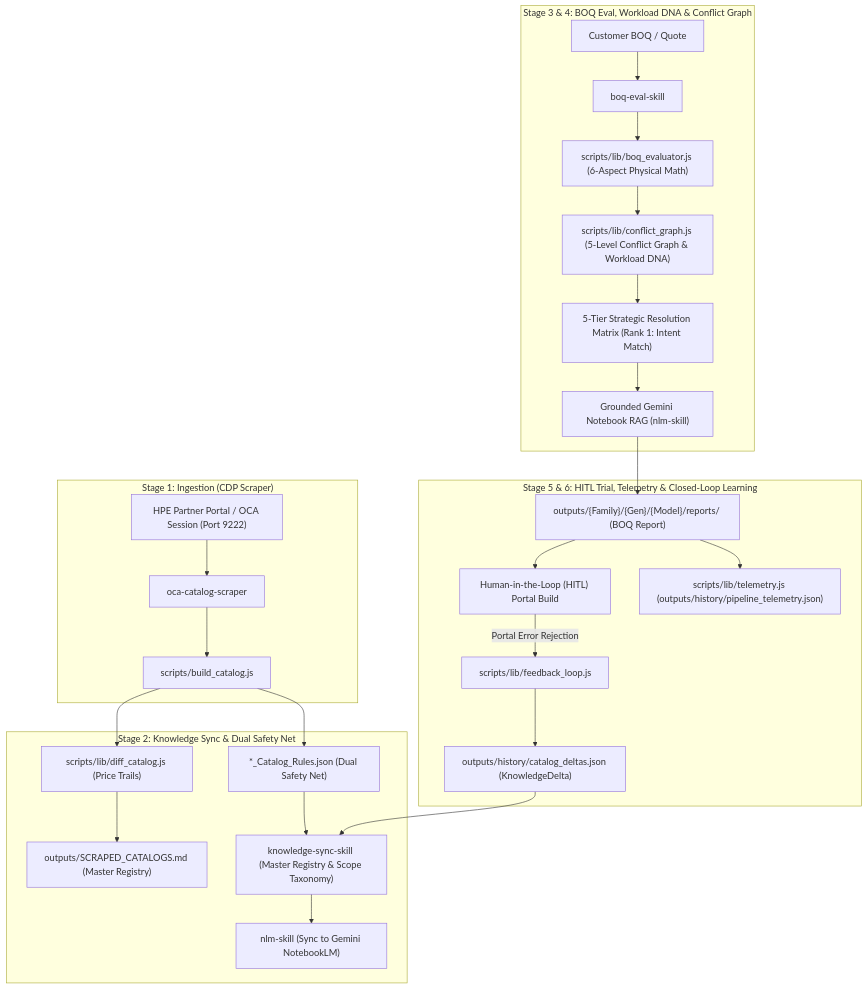
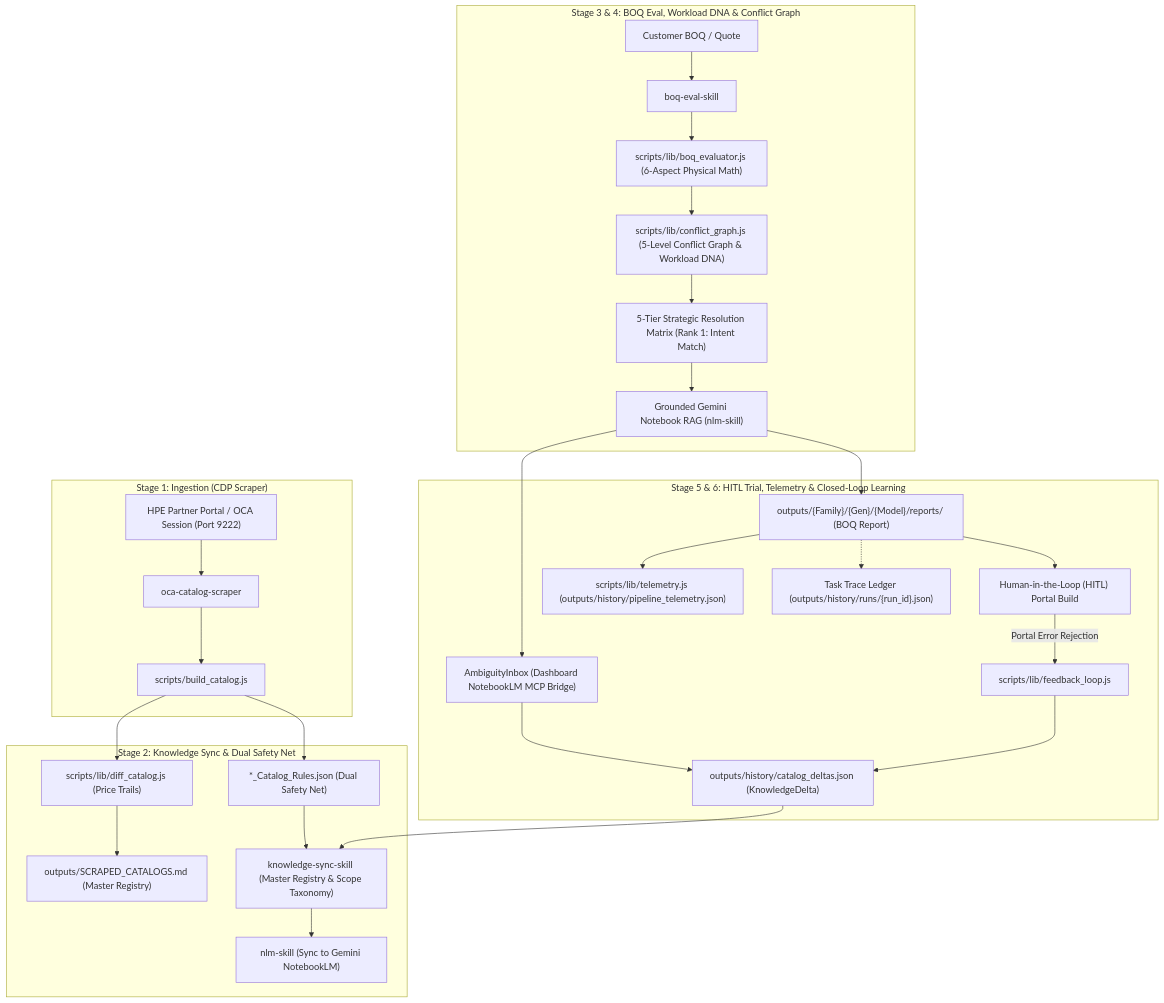
Before and after one commit to vinodhsubramanian123/vendorscrappingtoexcel: the diagram in .agents/skills/orchestrator-workflow-skill/SKILL.md, drawn with Mermaid. The commit also changed other lines of this file and 39 other files, not shown here.

Commit message:
feat(pipeline): complete Phase 1-8 hardening, price history matrix, mathematical explainability, SSE trace ledger, NotebookLM MCP bridge, and agentic data dictionary

````diff
--- a/.agents/skills/orchestrator-workflow-skill/SKILL.md
+++ b/.agents/skills/orchestrator-workflow-skill/SKILL.md
@@ -14,32 +14,35 @@
 ```mermaid
 graph TD
     subgraph "Stage 1: Ingestion (CDP Scraper)"
         A["HPE Partner Portal / OCA Session (Port 9222)"] --> B["oca-catalog-scraper"]
         B --> C["scripts/build_catalog.js"]
     end
 
     subgraph "Stage 2: Knowledge Sync & Dual Safety Net"
         C --> D["scripts/lib/diff_catalog.js (Price Trails)"]
         C --> E["*_Catalog_Rules.json (Dual Safety Net)"]
         D --> F["outputs/SCRAPED_CATALOGS.md (Master Registry)"]
         E --> G["knowledge-sync-skill (Master Registry & Scope Taxonomy)"]
         G --> H["nlm-skill (Sync to Gemini NotebookLM)"]
     end
 
     subgraph "Stage 3 & 4: BOQ Eval, Workload DNA & Conflict Graph"
         I["Customer BOQ / Quote"] --> J["boq-eval-skill"]
         J --> K["scripts/lib/boq_evaluator.js (6-Aspect Physical Math)"]
         K --> L["scripts/lib/conflict_graph.js (5-Level Conflict Graph & Workload DNA)"]
         L --> M["5-Tier Strategic Resolution Matrix (Rank 1: Intent Match)"]
         M --> N["Grounded Gemini Notebook RAG (nlm-skill)"]
     end
 
     subgraph "Stage 5 & 6: HITL Trial, Telemetry & Closed-Loop Learning"
         N --> O["outputs/{Family}/{Gen}/{Model}/reports/ (BOQ Report)"]
         O --> P["Human-in-the-Loop (HITL) Portal Build"]
+        N --> Z["AmbiguityInbox (Dashboard NotebookLM MCP Bridge)"]
+        Z --> R["outputs/history/catalog_deltas.json (KnowledgeDelta)"]
         P -- "Portal Error Rejection" --> Q["scripts/lib/feedback_loop.js"]
-        Q --> R["outputs/history/catalog_deltas.json (KnowledgeDelta)"]
+        Q --> R
         R --> G
         O --> S["scripts/lib/telemetry.js (outputs/history/pipeline_telemetry.json)"]
+        O -.-> T["Task Trace Ledger (outputs/history/runs/{run_id}.json)"]
     end
 ```
````
